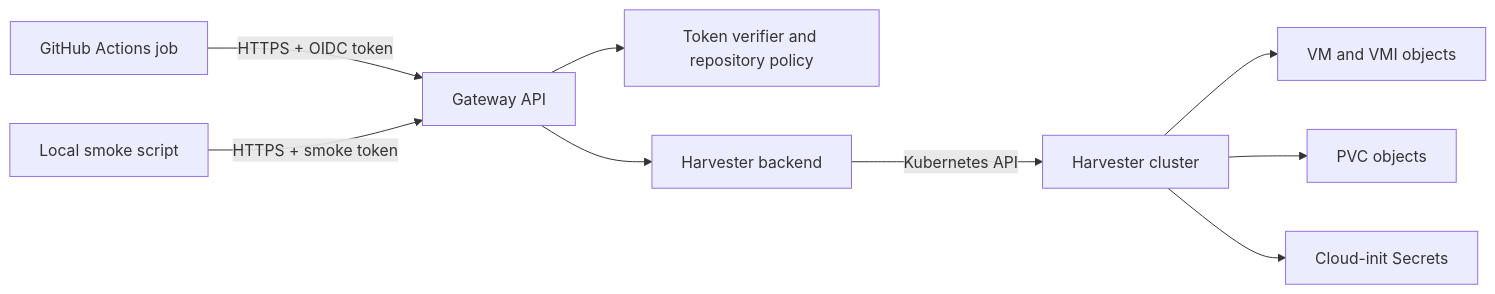
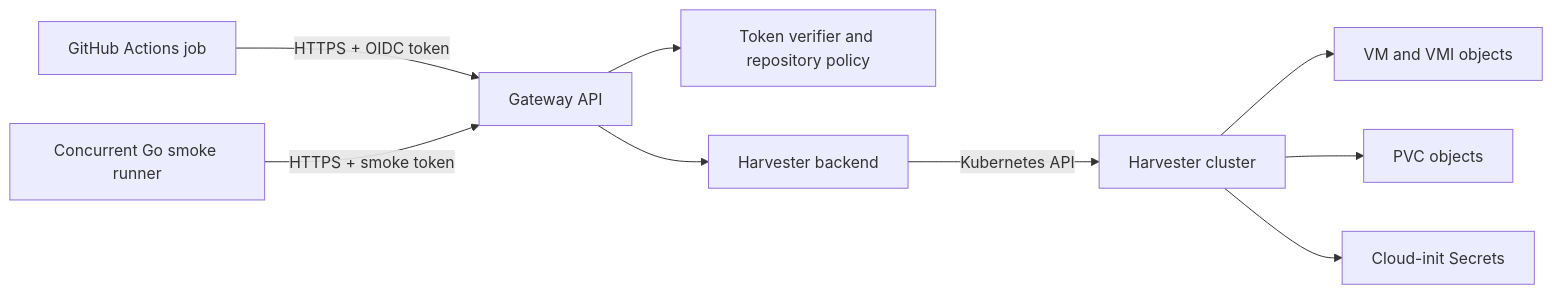
Before and after one commit to bk201-org/harvester-runner-gateway: the diagram in ARCHITECTURE.md, drawn with Mermaid. The commit also changed other lines of this file and 16 other files, not shown here.

First line of the commit message:
feat: add concurrent Go smoke runner

````diff
--- a/ARCHITECTURE.md
+++ b/ARCHITECTURE.md
@@ -8,11 +8,11 @@
 ```mermaid
 flowchart LR
     Job[GitHub Actions job] -->|HTTPS + OIDC token| API[Gateway API]
-    Shell[Local smoke script] -->|HTTPS + smoke token| API
+    Smoke[Concurrent Go smoke runner] -->|HTTPS + smoke token| API
     API --> Auth[Token verifier and repository policy]
     API --> Backend[Harvester backend]
     Backend -->|Kubernetes API| Cluster[Harvester cluster]
     Cluster --> VM[VM and VMI objects]
     Cluster --> PVC[PVC objects]
     Cluster --> Secret[Cloud-init Secrets]
 ```
````
